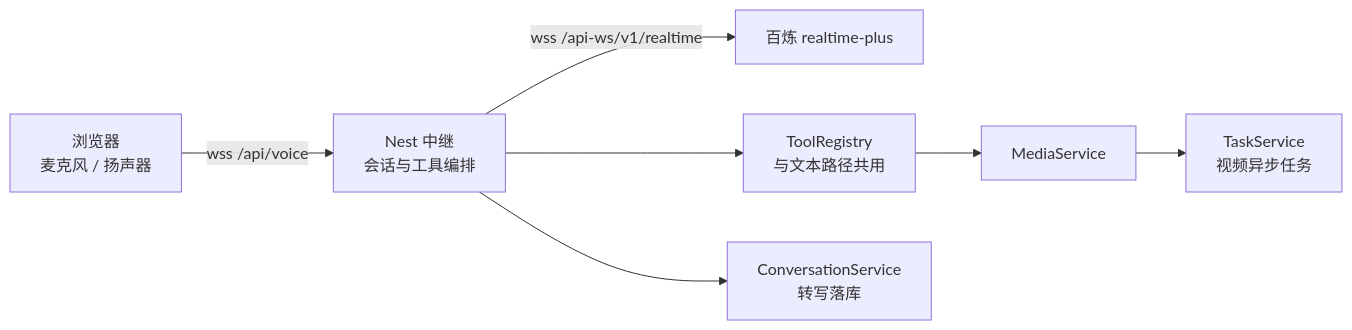
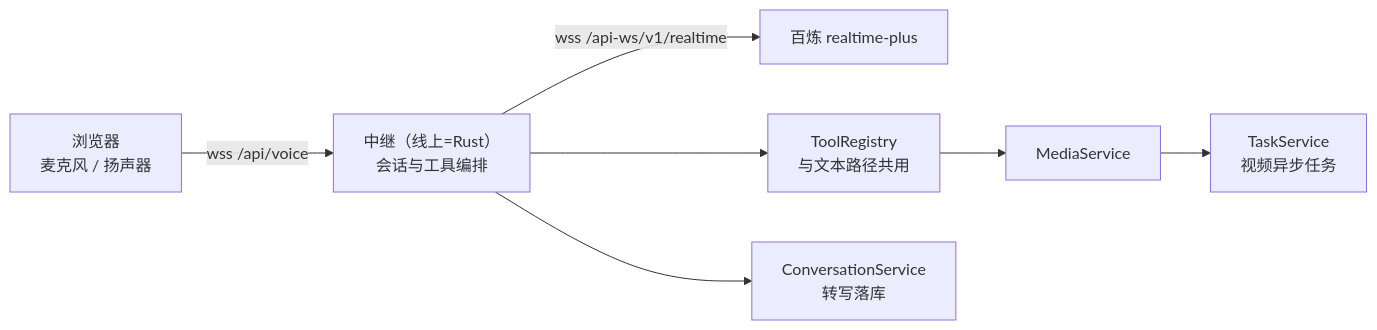
The third of 3 diagrams in docs/architecture.md (keepsilentw/kestrel-studio), drawn with Mermaid before and after one commit. The commit also changed other lines of this file and 4 other files, not shown here.

````diff
--- a/docs/architecture.md
+++ b/docs/architecture.md
@@ -424,9 +428,9 @@
 ```mermaid
 flowchart LR
-  B["浏览器<br/>麦克风 / 扬声器"] -->|"wss /api/voice"| N["Nest 中继<br/>会话与工具编排"]
+  B["浏览器<br/>麦克风 / 扬声器"] -->|"wss /api/voice"| N["中继（线上=Rust）<br/>会话与工具编排"]
   N -->|"wss /api-ws/v1/realtime"| Q["百炼 realtime-plus"]
   N --> Tools["ToolRegistry<br/>与文本路径共用"]
   Tools --> Media["MediaService"]
   Media --> Task["TaskService<br/>视频异步任务"]
   N --> Conv["ConversationService<br/>转写落库"]
 ```
````
